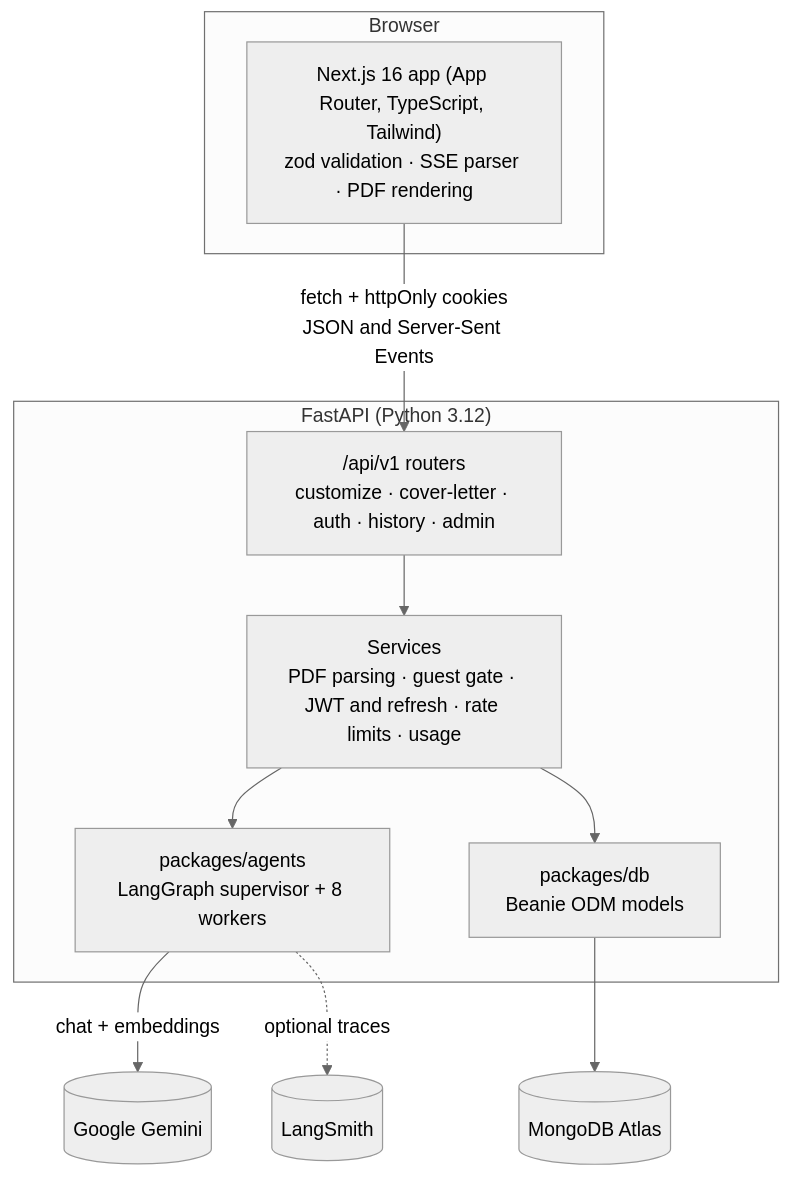
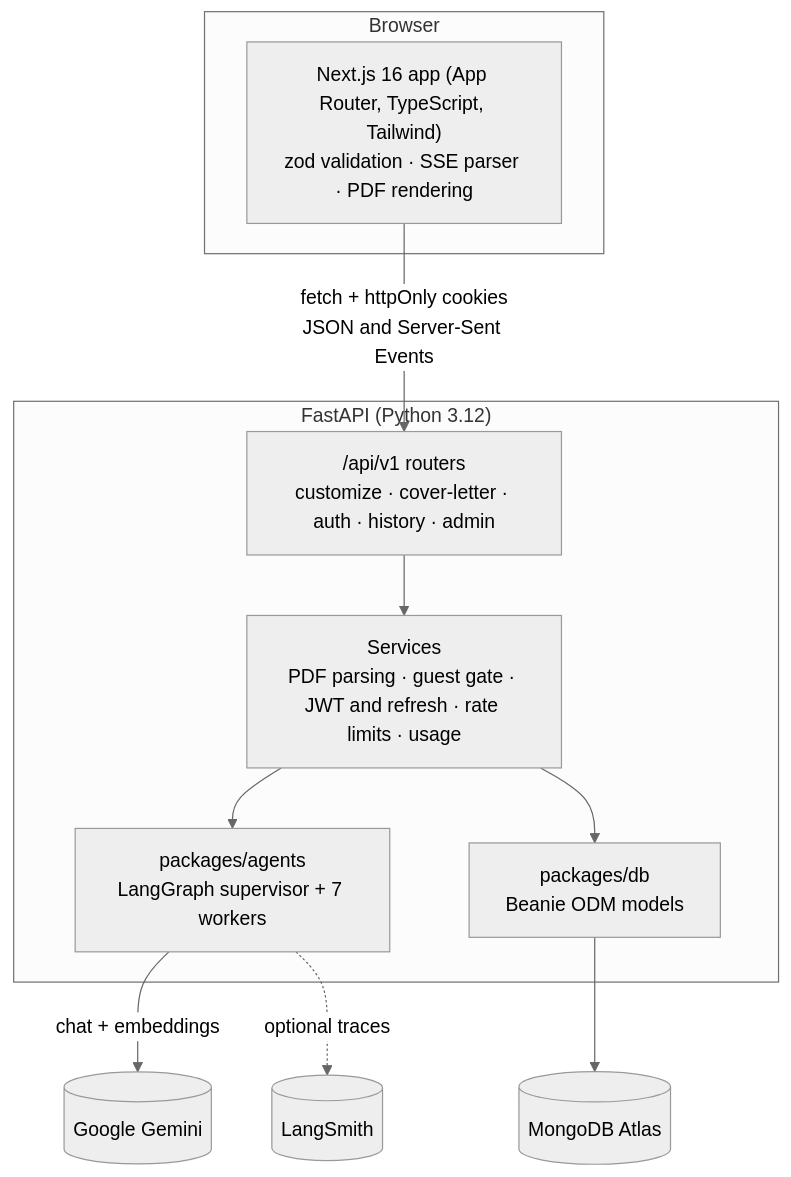
One commit to suryanshparashar/patra-shilpi changed the third of 3 diagrams in README.md. Above: the diagram before and after it, drawn with Mermaid (neutral theme). The commit also changed other lines of this file and 164 other files, not shown here.

````diff
--- a/README.md
+++ b/README.md
@@ -148,20 +151,20 @@
 ```mermaid
 flowchart TB
     subgraph Browser
         WEB["Next.js 16 app (App Router, TypeScript, Tailwind)<br/>zod validation · SSE parser · PDF rendering"]
     end
 
     subgraph API["FastAPI (Python 3.12)"]
         R["/api/v1 routers<br/>customize · cover-letter · auth · history · admin"]
         SV["Services<br/>PDF parsing · guest gate · JWT and refresh · rate limits · usage"]
-        AG["packages/agents<br/>LangGraph supervisor + 8 workers"]
+        AG["packages/agents<br/>LangGraph supervisor + 7 workers"]
         DB["packages/db<br/>Beanie ODM models"]
     end
 
     WEB -- "fetch + httpOnly cookies<br/>JSON and Server-Sent Events" --> R
     R --> SV --> AG
     SV --> DB
     AG -- "chat + embeddings" --> GEM[("Google Gemini")]
     AG -. "optional traces" .-> LS[("LangSmith")]
     DB --> MDB[("MongoDB Atlas")]
 ```
````
